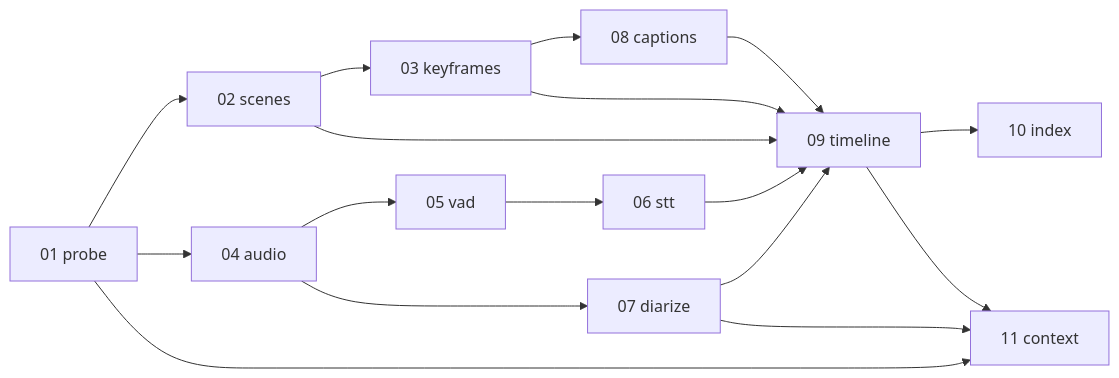
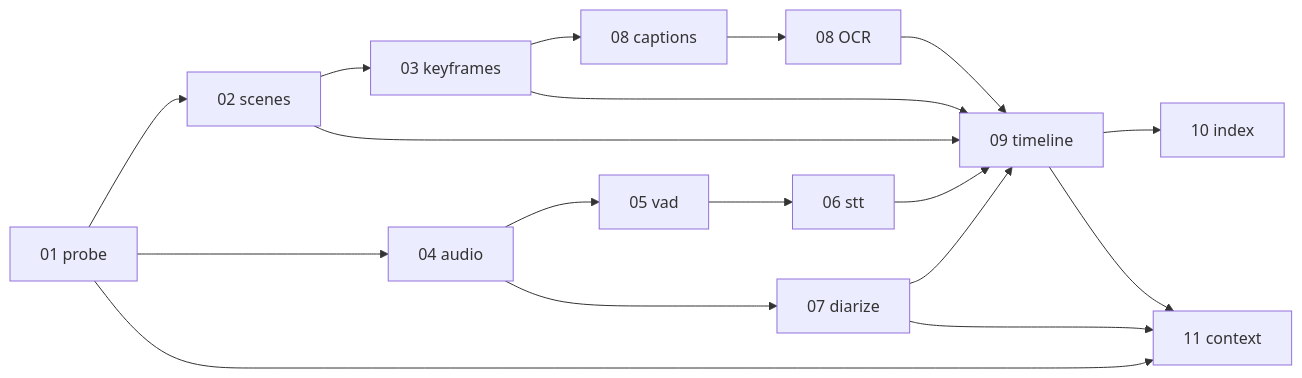
The second of 2 diagrams in docs/06-target-architecture.md (haesookimDev/video-preprocess), drawn with Mermaid before and after one commit. The commit also changed other lines of this file and 8 other files, not shown here.

First line of the commit message:
docs: document optional OCR architecture

````diff
--- a/docs/06-target-architecture.md
+++ b/docs/06-target-architecture.md
@@ -164,15 +164,16 @@
 ```mermaid
 flowchart LR
-    S01[01 probe] --> S02[02 scenes] --> S03[03 keyframes] --> S08[08 captions]
+    S01[01 probe] --> S02[02 scenes] --> S03[03 keyframes] --> S08C[08 captions]
+    S08C --> S08O[08 OCR]
     S01 --> S04[04 audio] --> S05[05 vad] --> S06[06 stt]
     S04 --> S07[07 diarize]
     S02 --> S09[09 timeline]
     S03 --> S09
     S06 --> S09
     S07 --> S09
-    S08 --> S09
+    S08O --> S09
     S09 --> S10[10 index]
     S01 --> S11[11 context]
     S07 --> S11
     S09 --> S11
 ```
````
